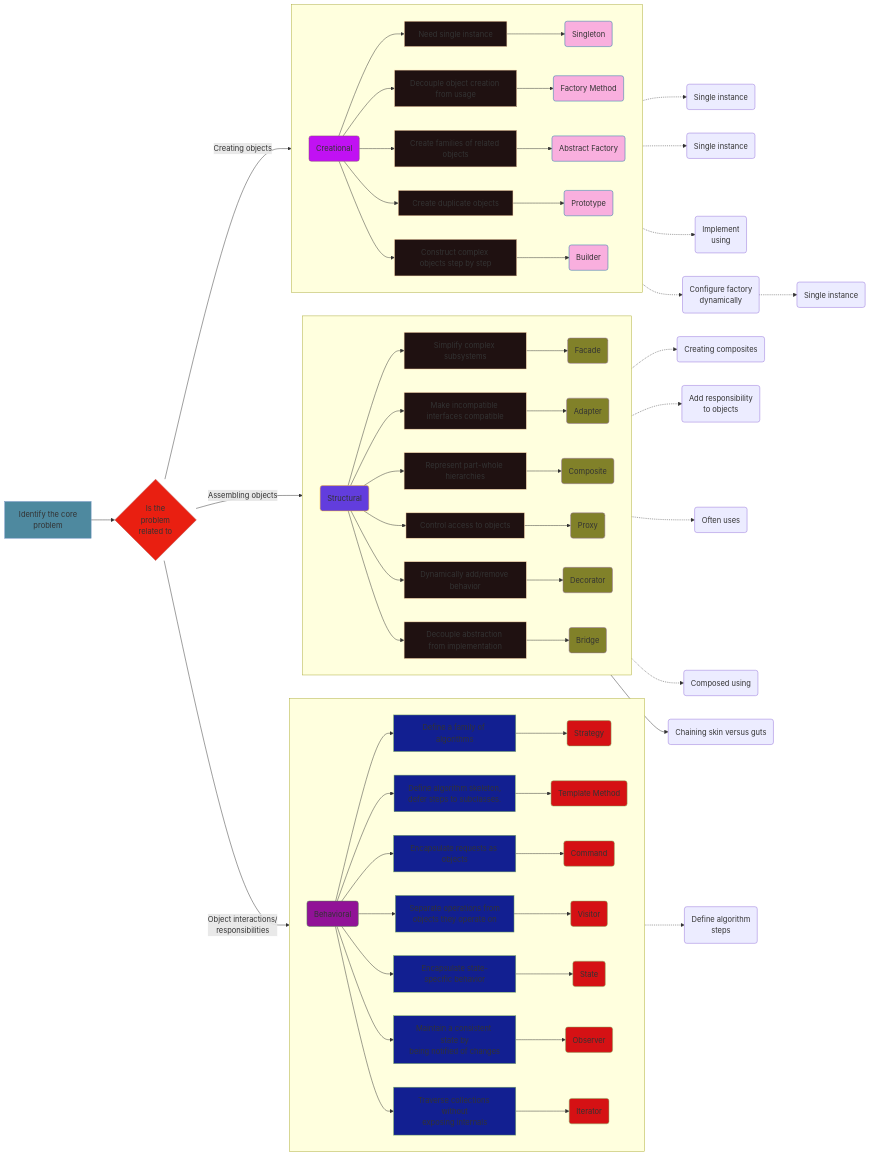
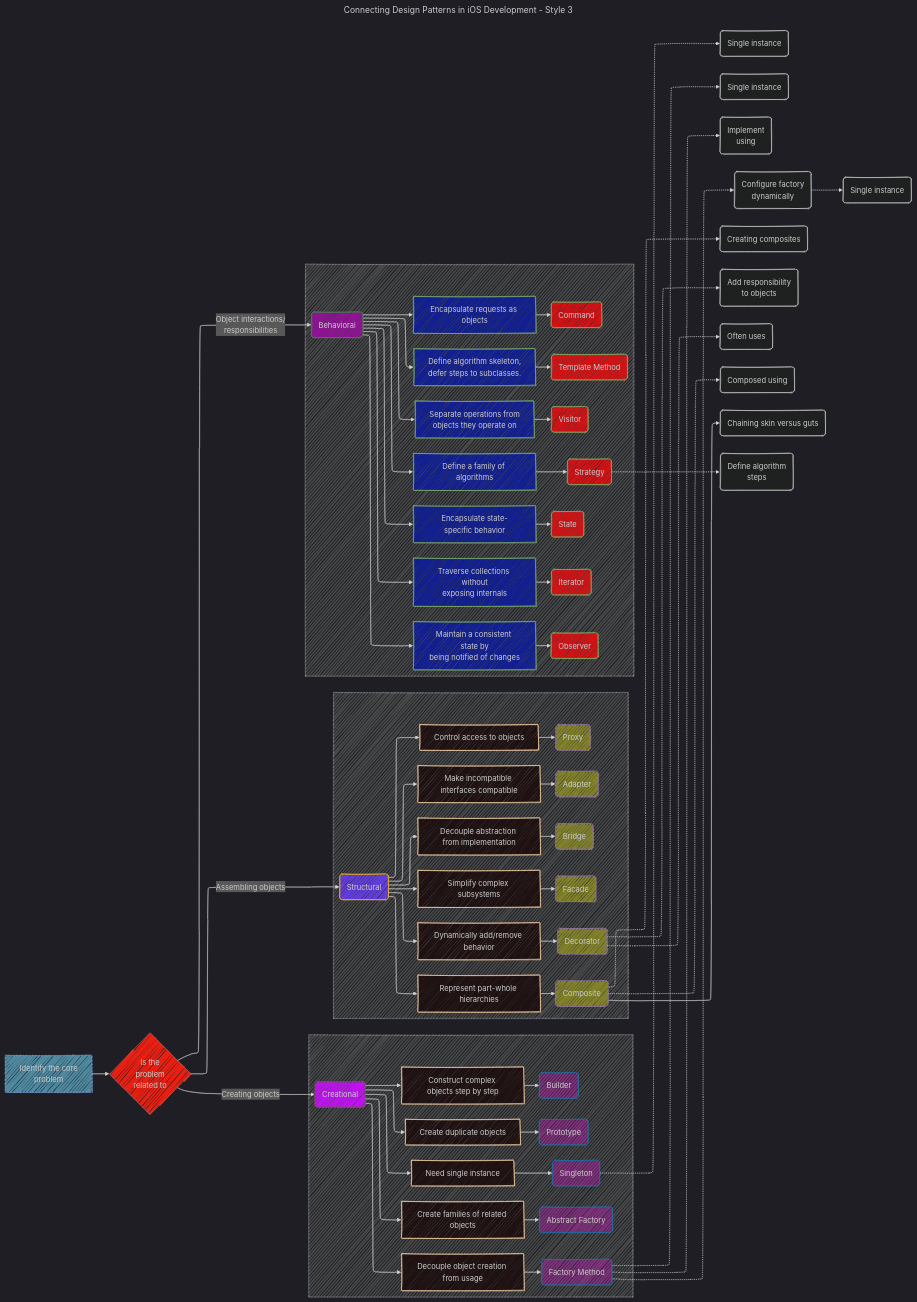
One commit to CongLeSolutionX/iOS-development-vault changed the third of 3 diagrams in Design_Patterns/Connecting_Design_Patterns.md. Above: the diagram before and after it, drawn with Mermaid. The commit also changed other lines of this file and 6 other files, not shown here.

````diff
--- a/Design_Patterns/Connecting_Design_Patterns.md
+++ b/Design_Patterns/Connecting_Design_Patterns.md
@@ -163,4 +177,11 @@
 ```mermaid
+---
+title: Connecting Design Patterns in iOS Development - Style 3
+config:
+  layout: elk
+  look: handDrawn
+  theme: dark
+---
 graph LR
     A[Identify the core<br>problem] --> B{Is the<br>problem<br>related to};
     B -- Creating objects --> C(Creational);
````
